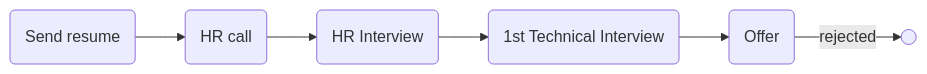
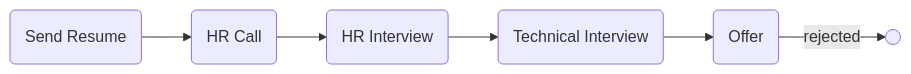
Before and after one commit to mo1ein/jobname: the diagram in src/cpol.md, drawn with Mermaid. The commit also changed other lines of this file and 4 other files, not shown here.

````diff
--- a/src/cpol.md
+++ b/src/cpol.md
@@ -7,7 +7,4 @@
 ```mermaid
 flowchart LR
-    sr(Send resume) --> hr(HR call)
-    hr(HR call) --> hri(HR Interview)
-    hri(HR Interview) --> ti1(1st Technical Interview)
-    ti1(1st Technical Interview) --> o(Offer) --rejected--> r((" "))
+    sr(Send Resume) --> hr(HR Call) --> hri(HR Interview) --> ti(Technical Interview) --> o(Offer) --rejected--> r((" "))
 ```
````
